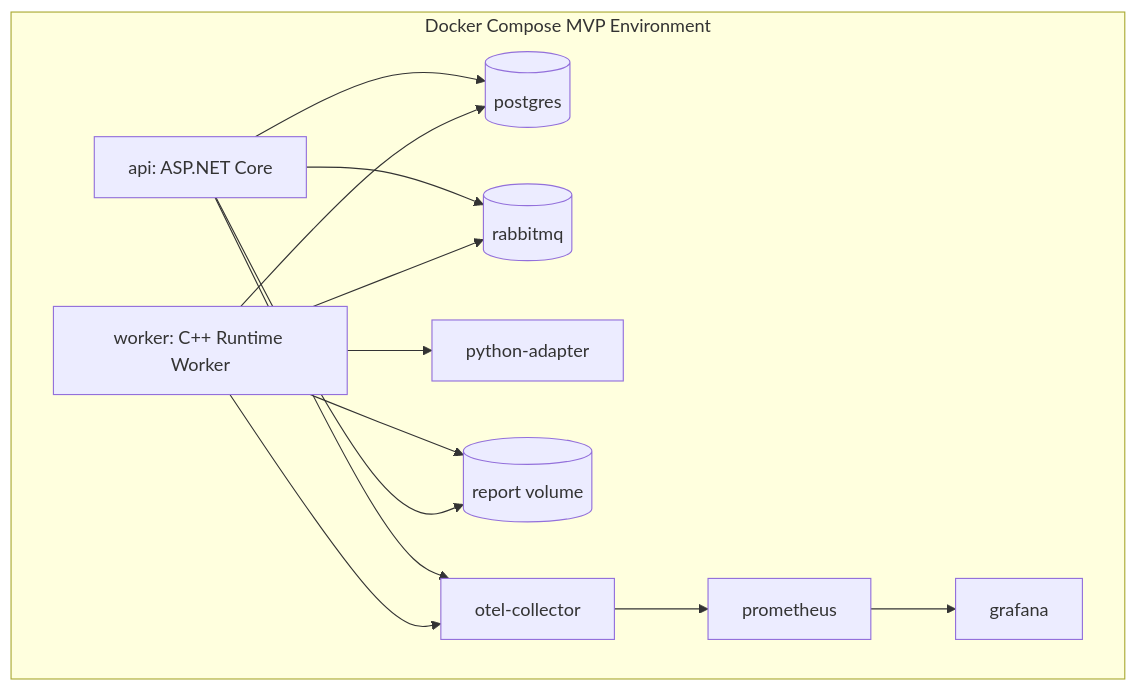
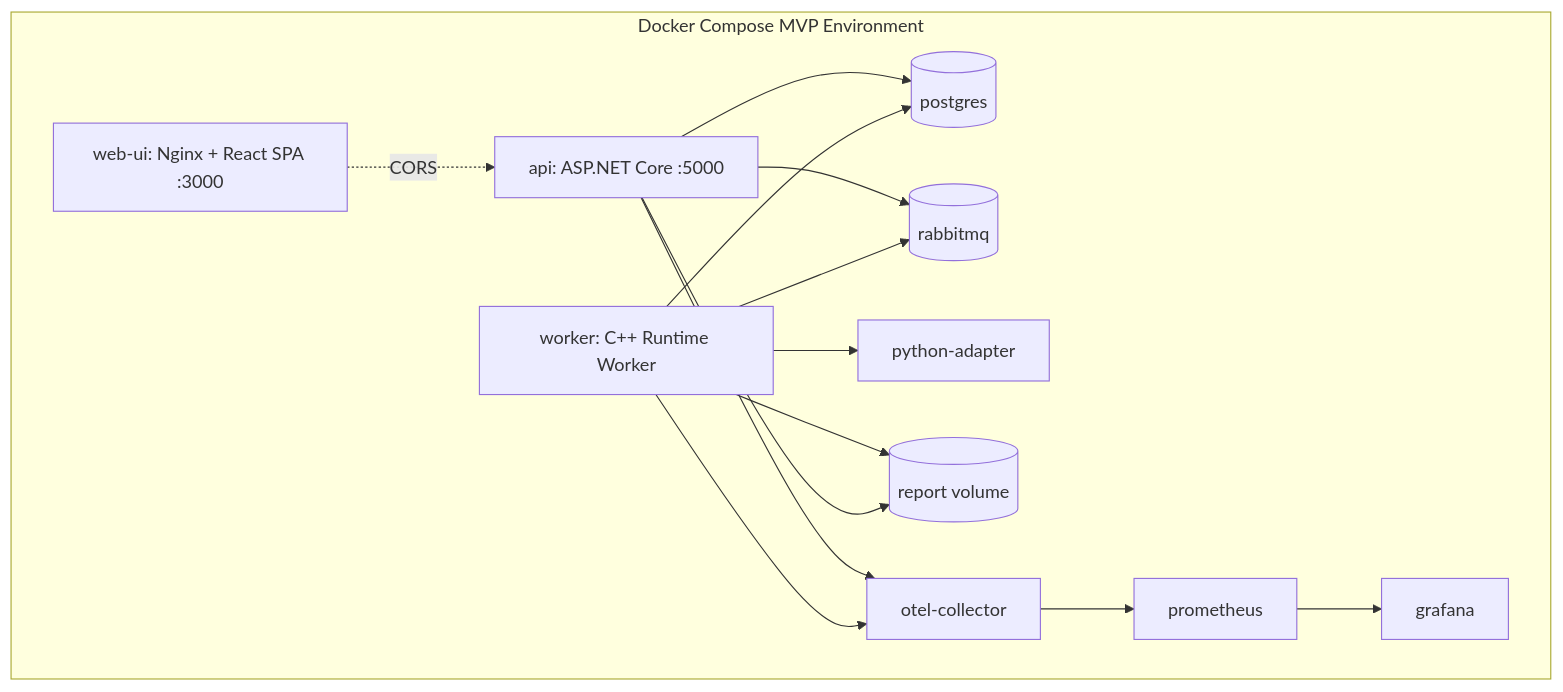
One commit to darkhorse286/project-daedalus changed the fourth of 4 diagrams in docs/architecture.md. Above: the diagram before and after it, drawn with Mermaid. The commit also changed other lines of this file and 37 other files, not shown here.

````diff
--- a/docs/architecture.md
+++ b/docs/architecture.md
@@ -419,26 +443,28 @@
 ```mermaid
 flowchart TB
     subgraph DockerCompose[Docker Compose MVP Environment]
-        API[api: ASP.NET Core]
+        API[api: ASP.NET Core :5000]
+        WebUI[web-ui: Nginx + React SPA :3000]
         Worker[worker: C++ Runtime Worker]
         Adapter[python-adapter]
         DB[(postgres)]
         MQ[(rabbitmq)]
         OTel[otel-collector]
         Prom[prometheus]
         Graf[grafana]
         Reports[(report volume)]
     end
 
+    WebUI -.->|CORS| API
     API --> DB
     API --> MQ
     Worker --> MQ
     Worker --> DB
     Worker --> Adapter
     Worker --> Reports
     API --> Reports
     API --> OTel
     Worker --> OTel
     OTel --> Prom
     Prom --> Graf
 ```
````
